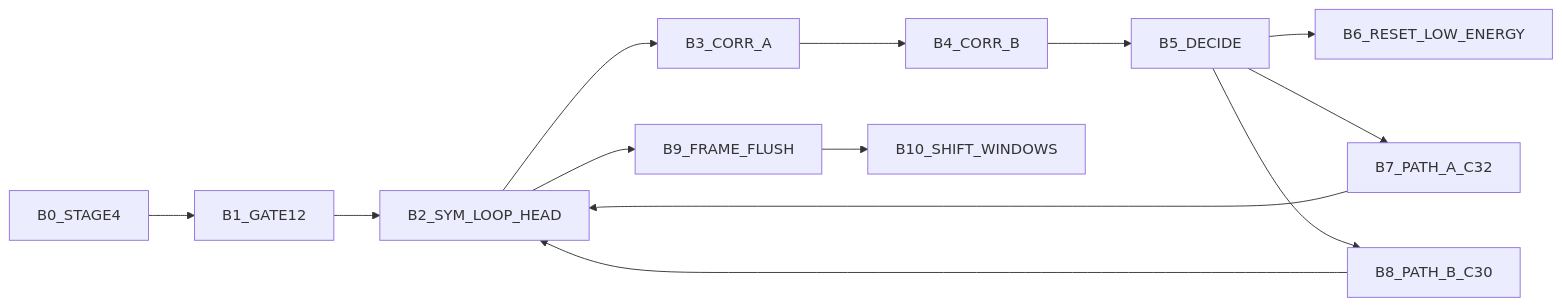
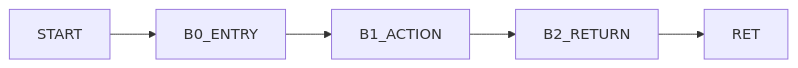
Before and after one commit to cryan209/D-Modem: the first of 3 diagrams in doc/v8_fskdemodulate_state_graph_3plane.md, drawn with Mermaid. The commit also changed other lines of this file and 239 other files, not shown here.

````diff
--- a/doc/v8_fskdemodulate_state_graph_3plane.md
+++ b/doc/v8_fskdemodulate_state_graph_3plane.md
@@ -13,15 +10,4 @@
-```mermaid
+~~~mermaid
 flowchart LR
-  C0[B0_STAGE4] --> C1[B1_GATE12]
-  C1 --> C2[B2_SYM_LOOP_HEAD]
-  C2 --> C3[B3_CORR_A]
-  C3 --> C4[B4_CORR_B]
-  C4 --> C5[B5_DECIDE]
-  C5 --> C6[B6_RESET_LOW_ENERGY]
-  C5 --> C7[B7_PATH_A_C32]
-  C5 --> C8[B8_PATH_B_C30]
-  C7 --> C2
-  C8 --> C2
-  C2 --> C9[B9_FRAME_FLUSH]
-  C9 --> C10[B10_SHIFT_WINDOWS]
-```
+  S[START] --> B0[B0_ENTRY] --> B1[B1_ACTION] --> B2[B2_RETURN] --> R[RET]
+~~~
````
